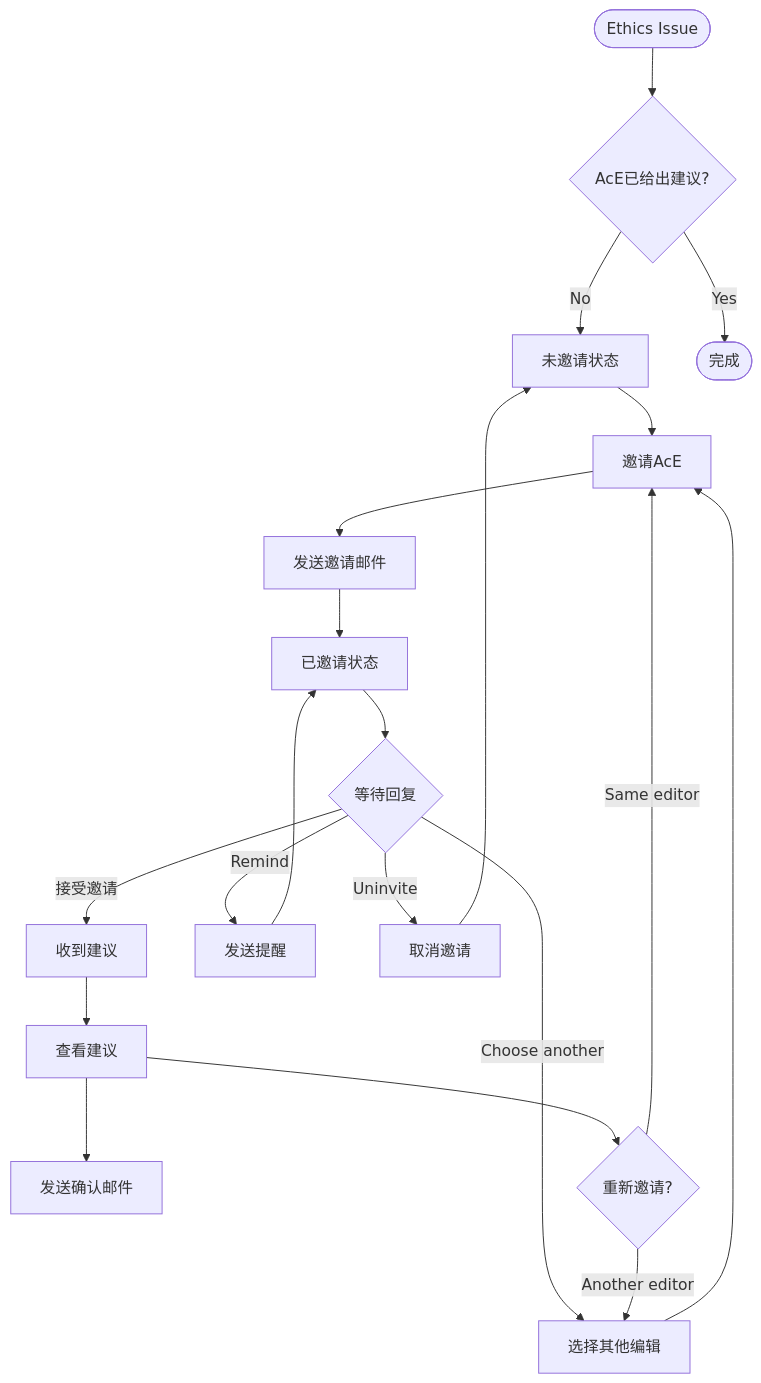
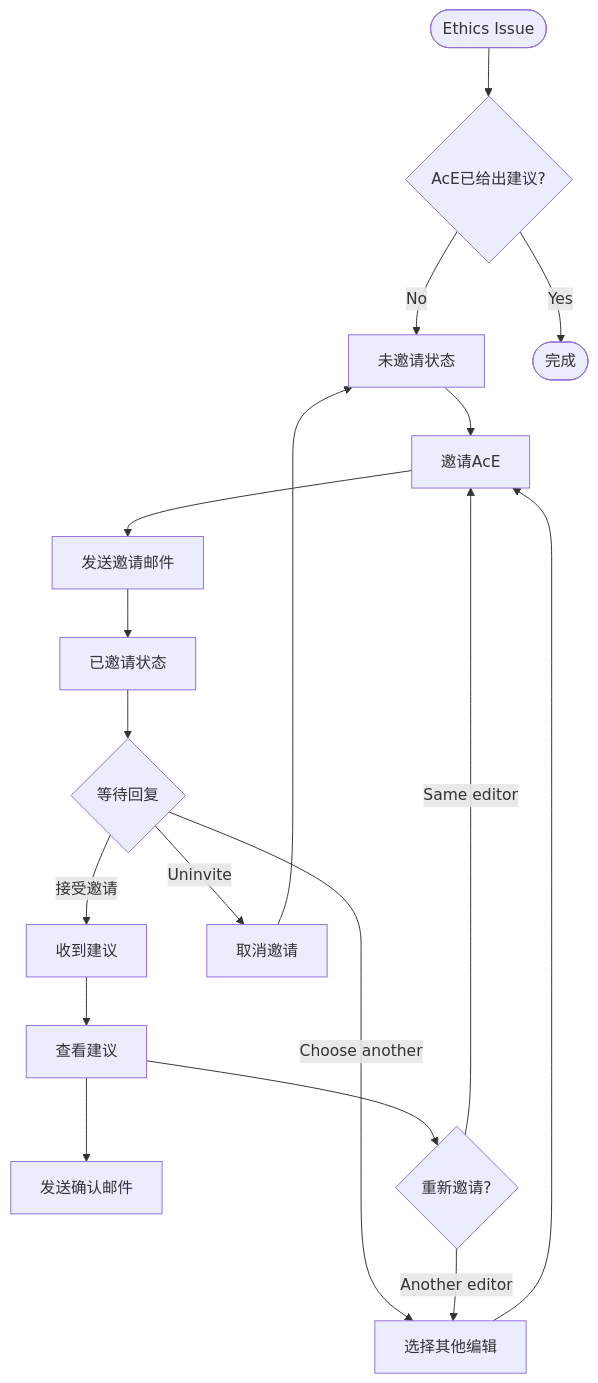
The diagram in susy-8398/flowchart.md (Mountorm/mdpi-prototype), drawn with Mermaid before and after one commit. The commit also changed 4 other files, not shown here.

````diff
--- a/susy-8398/flowchart.md
+++ b/susy-8398/flowchart.md
@@ -1,27 +1,25 @@
 ```mermaid
 flowchart TD
     Start([Ethics Issue]) --> CheckAcE{AcE已给出建议?}
 
     CheckAcE -->|No| State1[未邀请状态]
     State1 --> InviteAcE[邀请AcE]
     InviteAcE --> SendEmail[发送邀请邮件]
     SendEmail --> State2[已邀请状态]
 
     State2 --> WaitResponse{等待回复}
     WaitResponse -->|接受邀请| State3[收到建议]
-    WaitResponse -->|Remind| SendReminder[发送提醒]
     WaitResponse -->|Uninvite| CancelInvite[取消邀请]
     WaitResponse -->|Choose another| ChooseEditor[选择其他编辑]
 
-    SendReminder --> State2
     CancelInvite --> State1
     ChooseEditor --> InviteAcE
 
     State3 --> ViewComment[查看建议]
     ViewComment --> SendAck[发送确认邮件]
     ViewComment --> ReInvite{重新邀请?}
     ReInvite -->|Same editor| InviteAcE
     ReInvite -->|Another editor| ChooseEditor
 
     CheckAcE -->|Yes| Done([完成])
 ```
````
